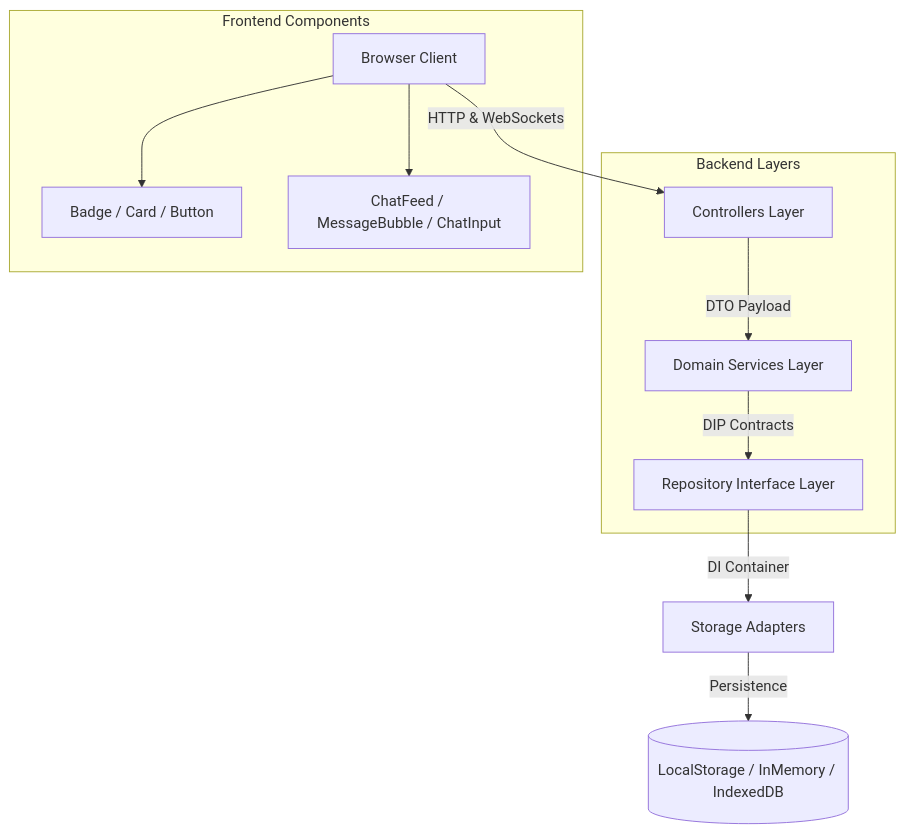
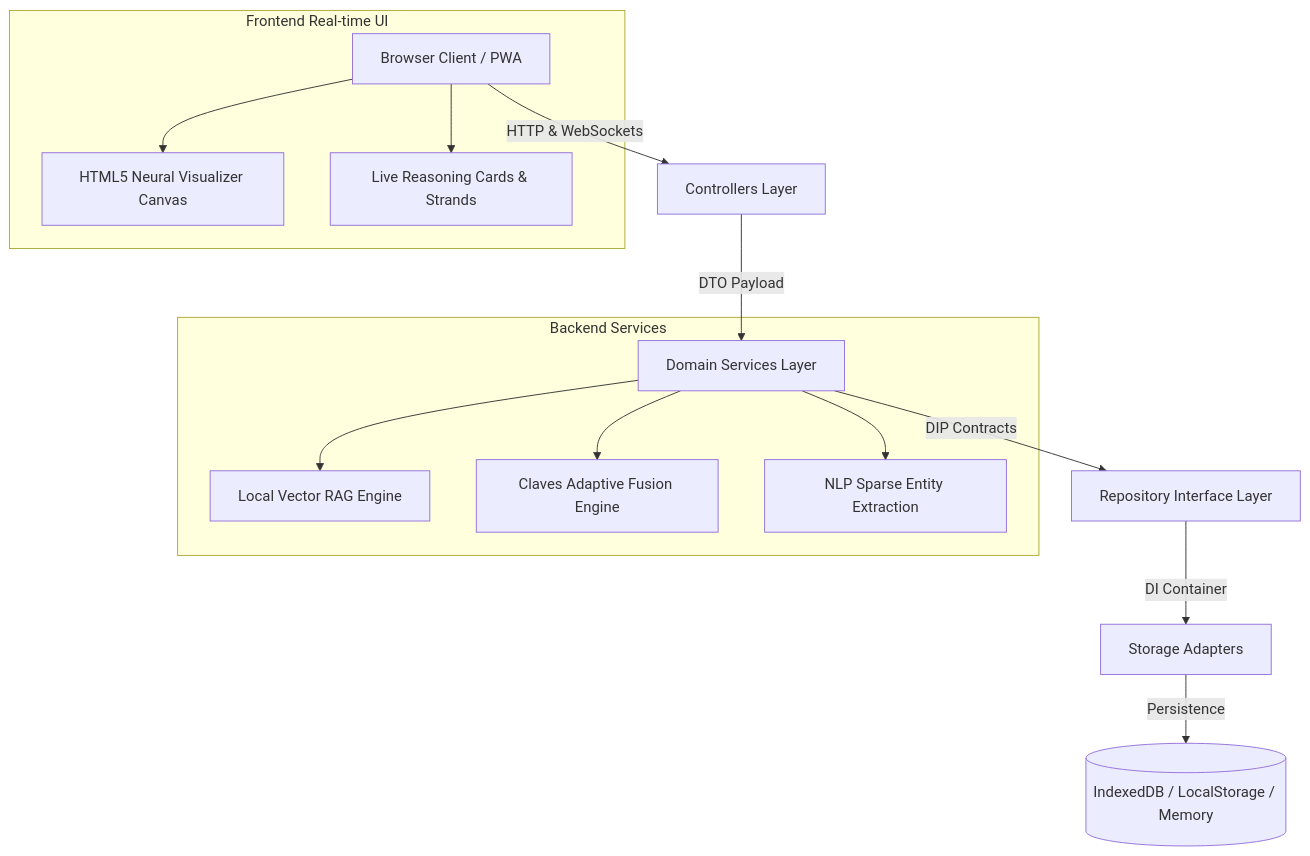
One commit to AnkitaPriyadarshini-repos/Second-Brain-AI-System changed the diagram in README.md. Above: the diagram before and after it, drawn with Mermaid. The commit also changed other lines of this file and 3 other files, not shown here.

Commit message:
refactor(ui): purge yellow background overrides, enforce dark obsidian theme, and update README architecture docs for recruiters

````diff
--- a/README.md
+++ b/README.md
@@ -52,19 +74,19 @@
 ```mermaid
 graph TD
-    Client[Browser Client] -->|HTTP & WebSockets| Controllers[Controllers Layer]
+    Client[Browser Client / PWA] -->|HTTP & WebSockets| Controllers[Controllers Layer]
     Controllers -->|DTO Payload| Services[Domain Services Layer]
     Services -->|DIP Contracts| Repositories[Repository Interface Layer]
     Repositories -->|DI Container| Adapters[Storage Adapters]
-    Adapters -->|Persistence| Storage[(LocalStorage / InMemory / IndexedDB)]
+    Adapters -->|Persistence| Storage[(IndexedDB / LocalStorage / Memory)]
 
-    subgraph Backend Layers
-      Controllers
-      Services
-      Repositories
+    subgraph Backend Services
+      Services --> RAG[Local Vector RAG Engine]
+      Services --> Fusion[Claves Adaptive Fusion Engine]
+      Services --> NLP[NLP Sparse Entity Extraction]
     end
 
-    subgraph Frontend Components
-      Client --> Badges[Badge / Card / Button]
-      Client --> ChatUI[ChatFeed / MessageBubble / ChatInput]
+    subgraph Frontend Real-time UI
+      Client --> Canvas[HTML5 Neural Visualizer Canvas]
+      Client --> Cards[Live Reasoning Cards & Strands]
     end
 ```
````
